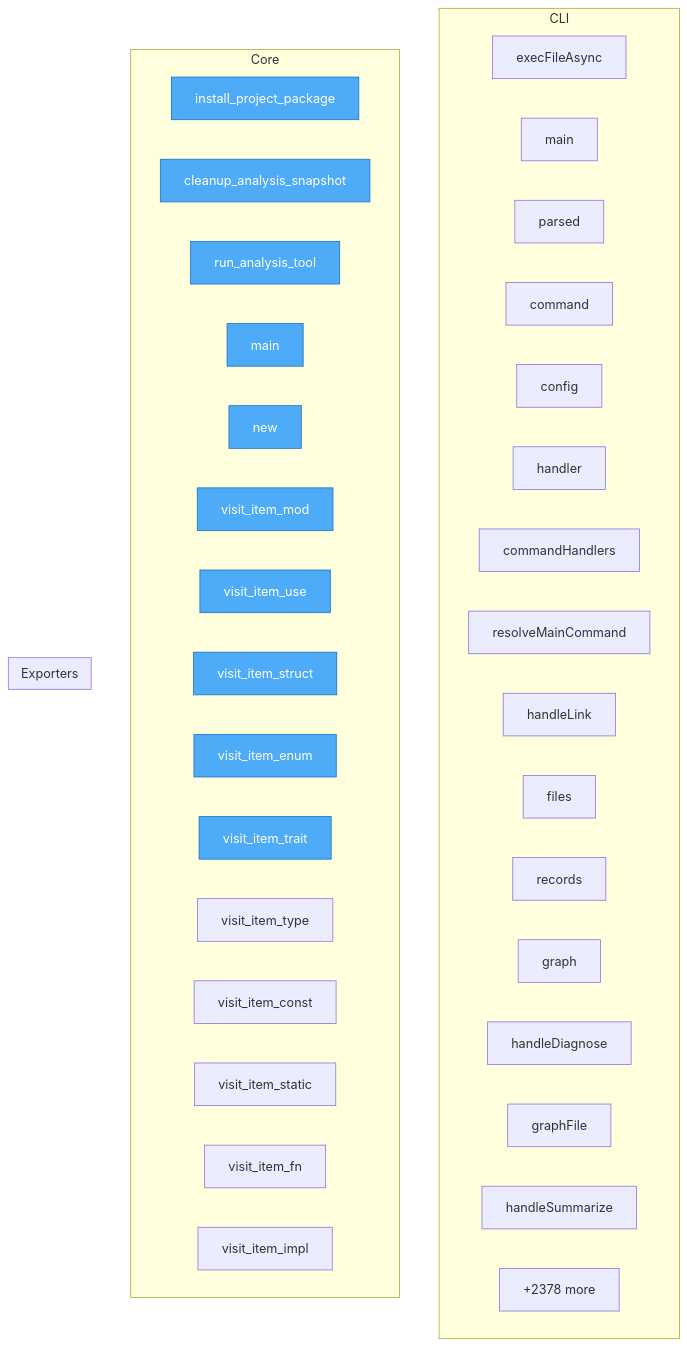
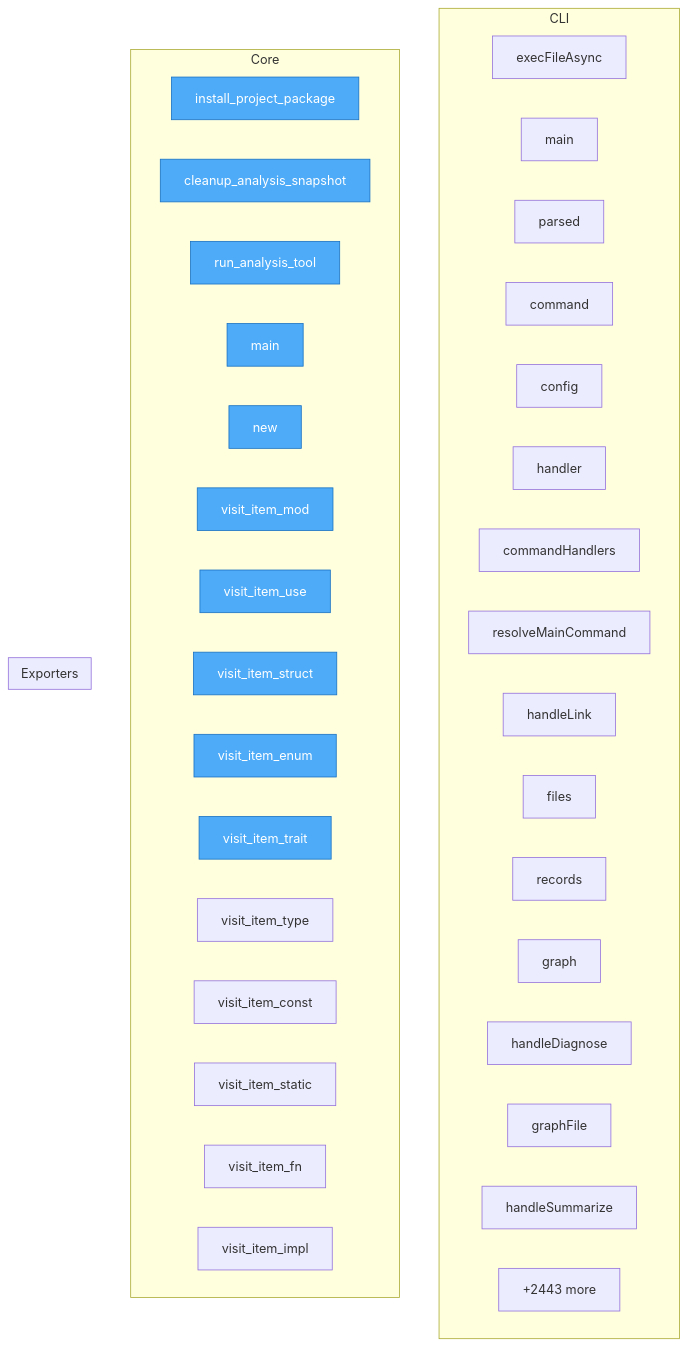
One commit to autogrammar/todo2code changed the diagram in project/flow.mmd. Above: the diagram before and after it, drawn with Mermaid. The commit also changed 37 other files, not shown here.

```diff
--- a/project/flow.mmd
+++ b/project/flow.mmd
@@ -1,48 +1,48 @@
 flowchart TD
-%% generated in 0.04s
+%% generated in 0.09s
 
     %% Entry points (blue)
     classDef entry fill:#4dabf7,stroke:#1971c2,color:#fff
 
     subgraph CLI
         src__cli__execFileAsync["execFileAsync"]
         src__cli__main["main"]
         src__cli__parsed["parsed"]
         src__cli__command["command"]
         src__cli__config["config"]
         src__cli__handler["handler"]
         src__cli__commandHandlers["commandHandlers"]
         src__cli__resolveMainCommand["resolveMainCommand"]
         src__cli__handleLink["handleLink"]
         src__cli__files["files"]
         src__cli__records["records"]
         src__cli__graph["graph"]
         src__cli__handleDiagnose["handleDiagnose"]
         src__cli__graphFile["graphFile"]
         src__cli__handleSummarize["handleSummarize"]
         ...["+109 more"]
     end
 
     subgraph Core
         project__install_project_package["install_project_package"]
         project__cleanup_analysis_snapshot["cleanup_analysis_snapshot"]
         project__run_analysis_tool["run_analysis_tool"]
         rust_ast__src__main__main["main"]
         rust_ast__src__main__new["new"]
         rust_ast__src__main__visit_item_mod["visit_item_mod"]
         rust_ast__src__main__visit_item_use["visit_item_use"]
         rust_ast__src__main__visit_item_struct["visit_item_struct"]
         rust_ast__src__main__visit_item_enum["visit_item_enum"]
         rust_ast__src__main__visit_item_trait["visit_item_trait"]
         rust_ast__src__main__visit_item_type["visit_item_type"]
         rust_ast__src__main__visit_item_const["visit_item_const"]
         rust_ast__src__main__visit_item_static["visit_item_static"]
         rust_ast__src__main__visit_item_fn["visit_item_fn"]
         rust_ast__src__main__visit_item_impl["visit_item_impl"]
-        ...["+2378 more"]
+        ...["+2443 more"]
     end
 
     subgraph Exporters
     end
 
     class project__install_project_package,project__cleanup_analysis_snapshot,project__run_analysis_tool,rust_ast__src__main__main,rust_ast__src__main__new,rust_ast__src__main__visit_item_mod,rust_ast__src__main__visit_item_use,rust_ast__src__main__visit_item_struct,rust_ast__src__main__visit_item_enum,rust_ast__src__main__visit_item_trait entry
```
